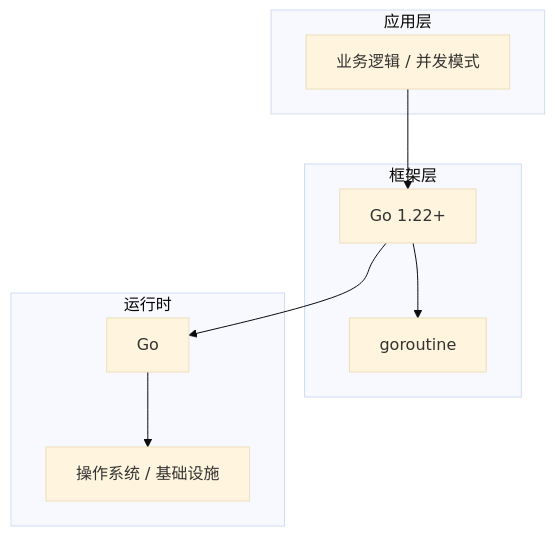
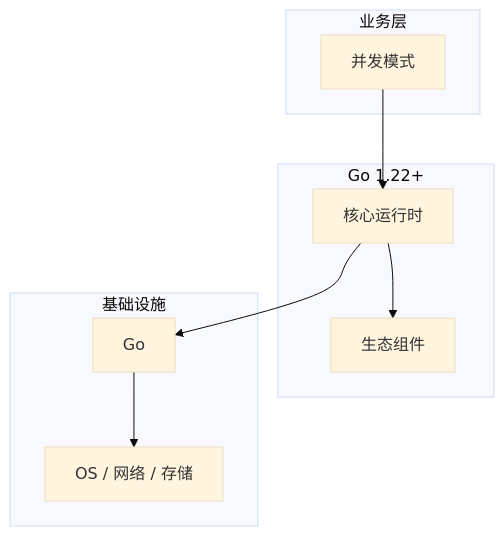
One commit to yanggan2015/knowledge-json-v2 changed the diagram in articles/Go语言/chapters/065-并发模式核心概念与原理.md. Above: the diagram before and after it, drawn with Mermaid (base theme). The commit also changed other lines of this file and 10127 other files, not shown here.

````diff
--- a/articles/Go语言/chapters/065-并发模式核心概念与原理.md
+++ b/articles/Go语言/chapters/065-并发模式核心概念与原理.md
@@ -45,18 +34,18 @@
 ```mermaid
 graph TB
-    subgraph 应用层
-        A[业务逻辑 / 并发模式]
+    subgraph 业务层
+        A[并发模式]
     end
-    subgraph 框架层
-        B[Go 1.22+]
-        C[goroutine]
+    subgraph Go 1.22+
+        B[核心运行时]
+        C[生态组件]
     end
-    subgraph 运行时
+    subgraph 基础设施
         D[Go]
-        E[操作系统 / 基础设施]
+        E[OS / 网络 / 存储]
     end
     A --> B
     B --> C
     B --> D
     D --> E
 ```
````
